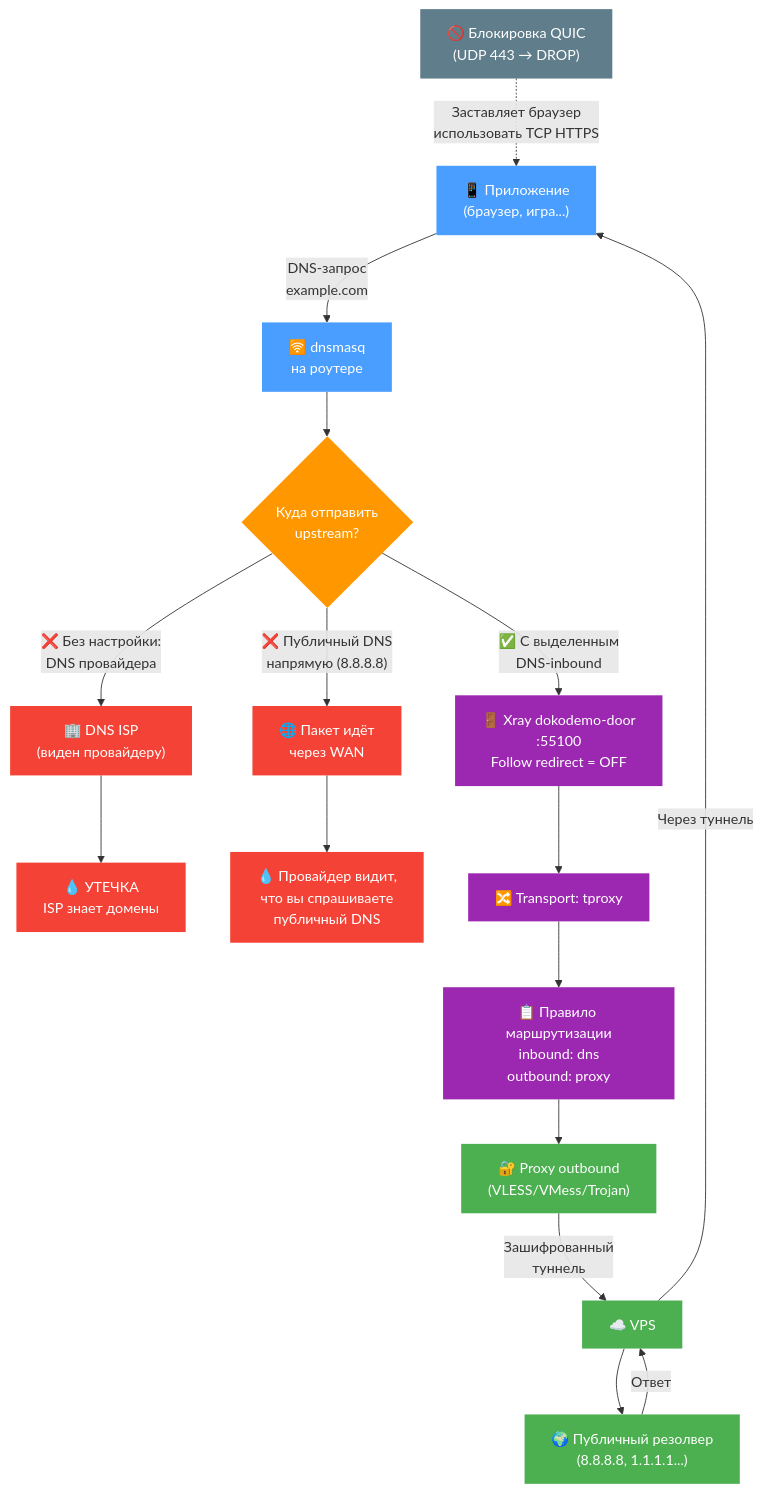
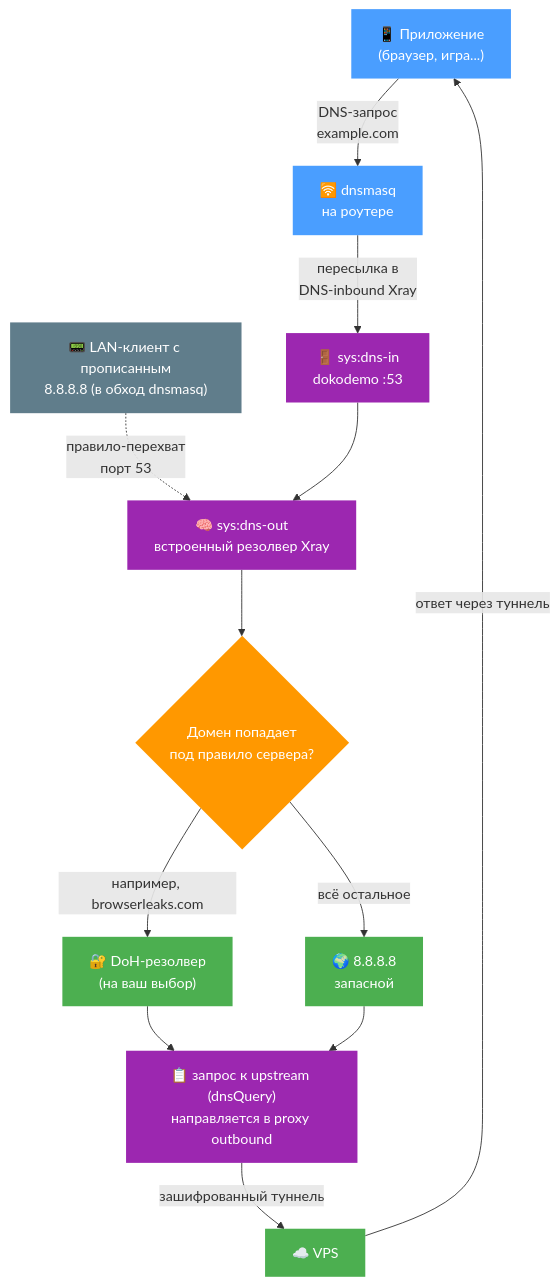
The diagram in docs/xrayui/ru/dns-leak.md (DanielLavrushin/asuswrt-merlin-xrayui), drawn with Mermaid before and after one commit. The commit also changed other lines of this file and 16 other files, not shown here.

Commit message:
fix: resolve DNS leak issues and improve routing rules count display … (#368)

````diff
--- a/docs/xrayui/ru/dns-leak.md
+++ b/docs/xrayui/ru/dns-leak.md
@@ -32,39 +32,26 @@
 ```mermaid
 flowchart TD
     App["📱 Приложение<br/>(браузер, игра...)"] -->|"DNS-запрос<br/>example.com"| Dnsmasq["🛜 dnsmasq<br/>на роутере"]
+    Dnsmasq -->|"пересылка в<br/>DNS-inbound Xray"| DnsIn["🚪 sys:dns-in<br/>dokodemo :53"]
+    Bypass["📟 LAN-клиент с прописанным<br/>8.8.8.8 (в обход dnsmasq)"] -.->|"правило-перехват<br/>порт 53"| Resolver
 
-    Dnsmasq --> Decide{"Куда отправить<br/>upstream?"}
-
-    Decide -->|"❌ Без настройки:<br/>DNS провайдера"| ISP["🏢 DNS ISP<br/>(виден провайдеру)"]
-    ISP --> Leak["💧 УТЕЧКА<br/>ISP знает домены"]
-
-    Decide -->|"❌ Публичный DNS<br/>напрямую (8.8.8.8)"| QuicLeak["🌐 Пакет идёт<br/>через WAN"]
-    QuicLeak --> Leak2["💧 Провайдер видит,<br/>что вы спрашиваете<br/>публичный DNS"]
-
-    Decide -->|"✅ С выделенным<br/>DNS-inbound"| DnsInbound["🚪 Xray dokodemo-door<br/>:55100<br/>Follow redirect = OFF"]
-
-    DnsInbound --> TProxy["🔀 Transport: tproxy"]
-    TProxy --> Route["📋 Правило маршрутизации<br/>inbound: dns<br/>outbound: proxy"]
-    Route --> Proxy["🔐 Proxy outbound<br/>(VLESS/VMess/Trojan)"]
-    Proxy -->|"Зашифрованный<br/>туннель"| VPS["☁️ VPS"]
-    VPS --> Resolver["🌍 Публичный резолвер<br/>(8.8.8.8, 1.1.1.1...)"]
-    Resolver -->|"Ответ"| VPS
-    VPS -->|"Через туннель"| App
-
-    QuicBlock["🚫 Блокировка QUIC<br/>(UDP 443 → DROP)"] -.->|"Заставляет браузер<br/>использовать TCP HTTPS"| App
+    DnsIn --> Resolver["🧠 sys:dns-out<br/>встроенный резолвер Xray"]
+    Resolver --> Pick{"Домен попадает<br/>под правило сервера?"}
+    Pick -->|"например, browserleaks.com"| Doh["🔐 DoH-резолвер<br/>(на ваш выбор)"]
+    Pick -->|"всё остальное"| Fallback["🌍 8.8.8.8<br/>запасной"]
+    Doh --> Upstream["📋 запрос к upstream (dnsQuery)<br/>направляется в proxy outbound"]
+    Fallback --> Upstream
+    Upstream -->|"зашифрованный туннель"| VPS["☁️ VPS"]
+    VPS -->|"ответ через туннель"| App
 
     style App fill:#4a9eff,color:#fff,stroke:none
     style Dnsmasq fill:#4a9eff,color:#fff,stroke:none
-    style Decide fill:#ff9800,color:#fff,stroke:none
-    style ISP fill:#f44336,color:#fff,stroke:none
-    style Leak fill:#f44336,color:#fff,stroke:none
-    style QuicLeak fill:#f44336,color:#fff,stroke:none
-    style Leak2 fill:#f44336,color:#fff,stroke:none
-    style DnsInbound fill:#9c27b0,color:#fff,stroke:none
-    style TProxy fill:#9c27b0,color:#fff,stroke:none
-    style Route fill:#9c27b0,color:#fff,stroke:none
-    style Proxy fill:#4caf50,color:#fff,stroke:none
+    style Bypass fill:#607d8b,color:#fff,stroke:none
+    style DnsIn fill:#9c27b0,color:#fff,stroke:none
+    style Resolver fill:#9c27b0,color:#fff,stroke:none
+    style Pick fill:#ff9800,color:#fff,stroke:none
+    style Doh fill:#4caf50,color:#fff,stroke:none
+    style Fallback fill:#4caf50,color:#fff,stroke:none
+    style Upstream fill:#9c27b0,color:#fff,stroke:none
     style VPS fill:#4caf50,color:#fff,stroke:none
-    style Resolver fill:#4caf50,color:#fff,stroke:none
-    style QuicBlock fill:#607d8b,color:#fff,stroke:none
 ```
````
